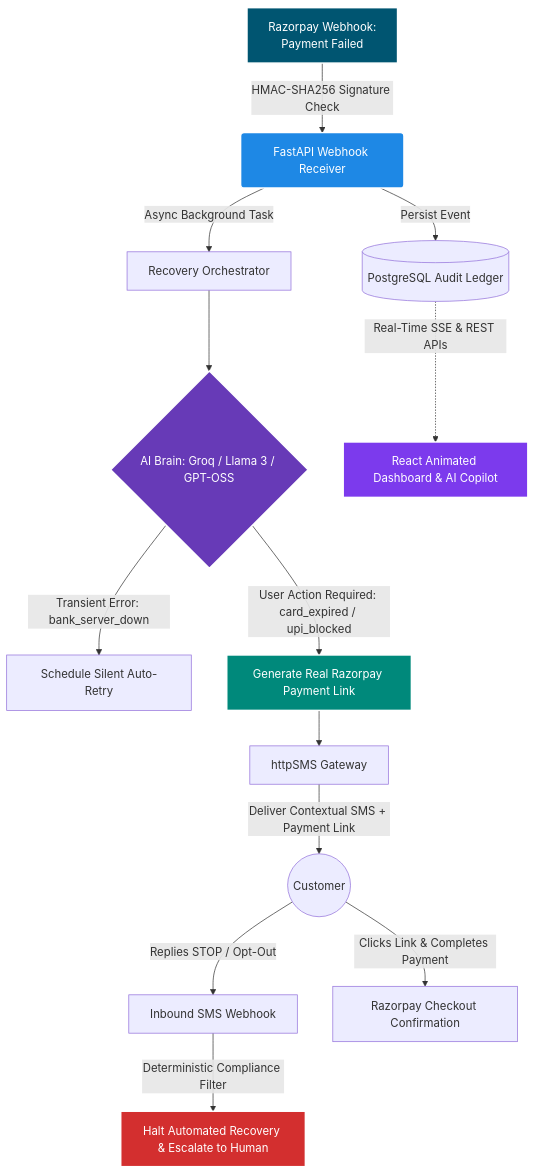
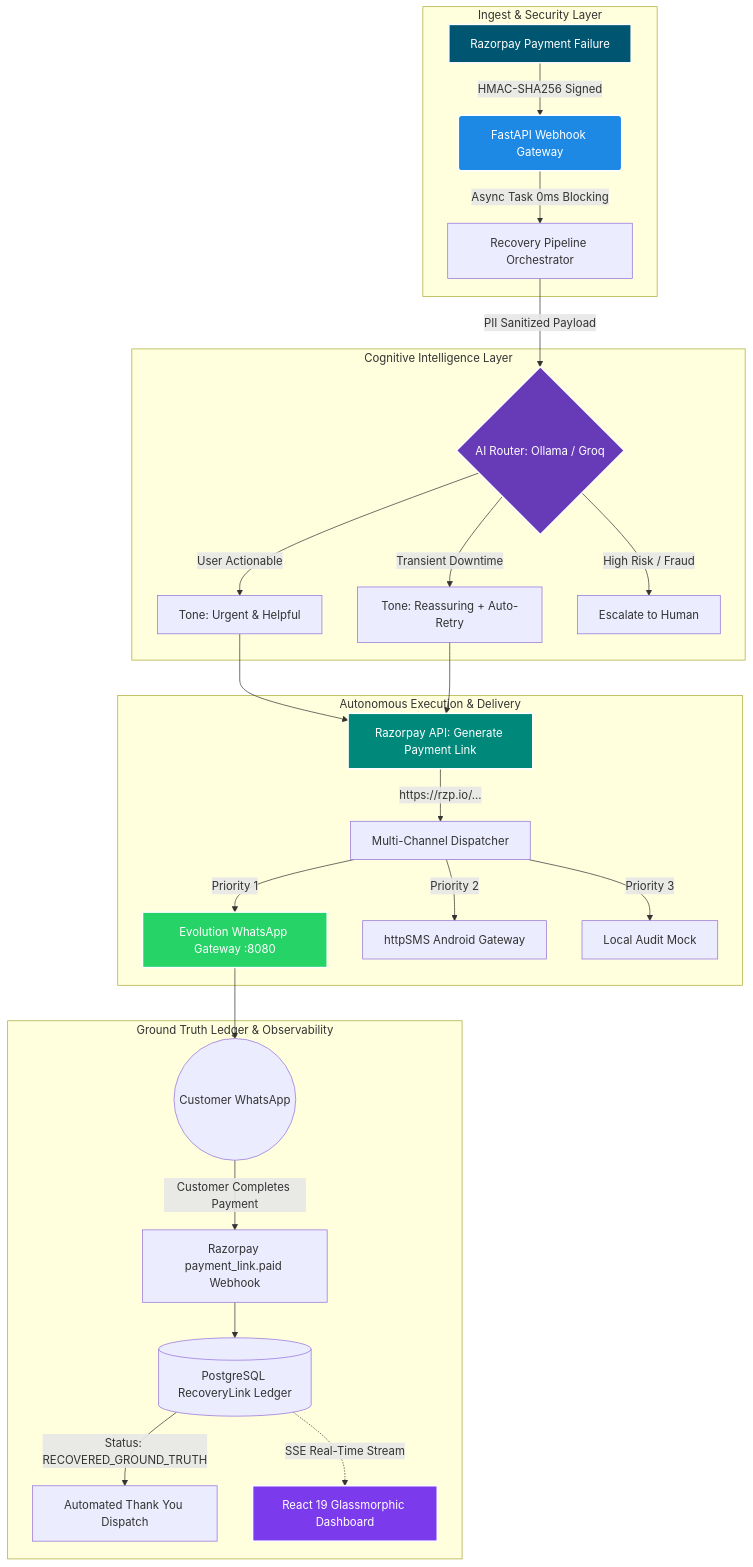
One commit to sagar-grv/razorpay-lifeline changed the third of 3 diagrams in README.md. Above: the diagram before and after it, drawn with Mermaid. The commit also changed other lines of this file, not shown here.

````diff
--- a/README.md
+++ b/README.md
@@ -27,22 +120,38 @@
 ```mermaid
-graph TD
-    A[Razorpay Webhook:<br>Payment Failed] -->|HMAC-SHA256 Signature Check| B(FastAPI Webhook Receiver)
-    B -->|Persist Event| C[(PostgreSQL Audit Ledger)]
-    B -->|Async Background Task| D[Recovery Orchestrator]
-    D --> E{AI Brain: Groq / Llama 3 / GPT-OSS}
-    E -->|Transient Error: bank_server_down| F[Schedule Silent Auto-Retry]
-    E -->|User Action Required: card_expired / upi_blocked| G[Generate Real Razorpay Payment Link]
-    G --> H[httpSMS Gateway]
-    H -->|Deliver Contextual SMS + Payment Link| I((Customer))
-    I -->|Replies STOP / Opt-Out| J[Inbound SMS Webhook]
-    J -->|Deterministic Compliance Filter| K[Halt Automated Recovery & Escalate to Human]
-    I -->|Clicks Link & Completes Payment| L[Razorpay Checkout Confirmation]
-    C -.->|Real-Time SSE & REST APIs| M[React Animated Dashboard & AI Copilot]
+graph TB
+    subgraph "Ingest & Security Layer"
+        A[Razorpay Payment Failure] -->|HMAC-SHA256 Signed| B(FastAPI Webhook Gateway)
+        B -->|Async Task 0ms Blocking| C[Recovery Pipeline Orchestrator]
+    end
+
+    subgraph "Cognitive Intelligence Layer"
+        C -->|PII Sanitized Payload| D{AI Router: Ollama / Groq}
+        D -->|User Actionable| E[Tone: Urgent & Helpful]
+        D -->|Transient Downtime| F[Tone: Reassuring + Auto-Retry]
+        D -->|High Risk / Fraud| G[Escalate to Human]
+    end
+
+    subgraph "Autonomous Execution & Delivery"
+        E --> H[Razorpay API: Generate Payment Link]
+        F --> H
+        H -->|https://rzp.io/...| I[Multi-Channel Dispatcher]
+        I -->|Priority 1| J[Evolution WhatsApp Gateway :8080]
+        I -->|Priority 2| K[httpSMS Android Gateway]
+        I -->|Priority 3| L[Local Audit Mock]
+    end
+
+    subgraph "Ground Truth Ledger & Observability"
+        J --> M((Customer WhatsApp))
+        M -->|Customer Completes Payment| N[Razorpay payment_link.paid Webhook]
+        N --> O[(PostgreSQL RecoveryLink Ledger)]
+        O -->|Status: RECOVERED_GROUND_TRUTH| P[Automated Thank You Dispatch]
+        O -.->|SSE Real-Time Stream| Q[React 19 Glassmorphic Dashboard]
+    end
 
     style A fill:#005571,stroke:#fff,stroke-width:2px,color:#fff
     style B fill:#1E88E5,stroke:#fff,stroke-width:2px,color:#fff
-    style E fill:#673AB7,stroke:#fff,stroke-width:2px,color:#fff
-    style G fill:#00897B,stroke:#fff,stroke-width:2px,color:#fff
-    style K fill:#D32F2F,stroke:#fff,stroke-width:2px,color:#fff
-    style M fill:#7C3AED,stroke:#fff,stroke-width:2px,color:#fff
+    style D fill:#673AB7,stroke:#fff,stroke-width:2px,color:#fff
+    style H fill:#00897B,stroke:#fff,stroke-width:2px,color:#fff
+    style J fill:#25D366,stroke:#fff,stroke-width:2px,color:#fff
+    style Q fill:#7C3AED,stroke:#fff,stroke-width:2px,color:#fff
 ```
````
